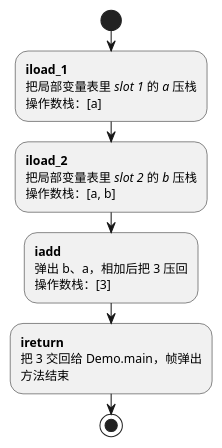
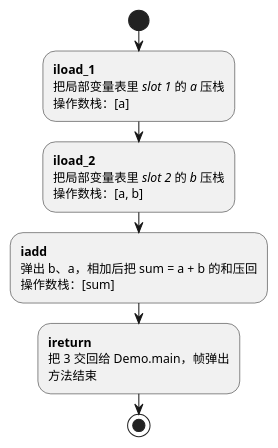
Before and after one commit to fanofxiaofeng/study_jvm_byte_code: the diagram in 01/flow.puml, drawn with PlantUML.

```diff
--- a/01/flow.puml
+++ b/01/flow.puml
@@ -1,16 +1,16 @@
 @startuml
 start
 :**iload_1**
 把局部变量表里 //slot 1// 的 //a// 压栈
 操作数栈：[a];
 :**iload_2**
 把局部变量表里 //slot 2// 的 //b// 压栈
 操作数栈：[a, b];
 :**iadd**
-弹出 b、a，相加后把 3 压回
-操作数栈：[3];
+弹出 b、a，相加后把 sum = a + b 的和压回
+操作数栈：[sum];
 :**ireturn**
 把 3 交回给 Demo.main，帧弹出
 方法结束;
 stop
 @enduml
```
